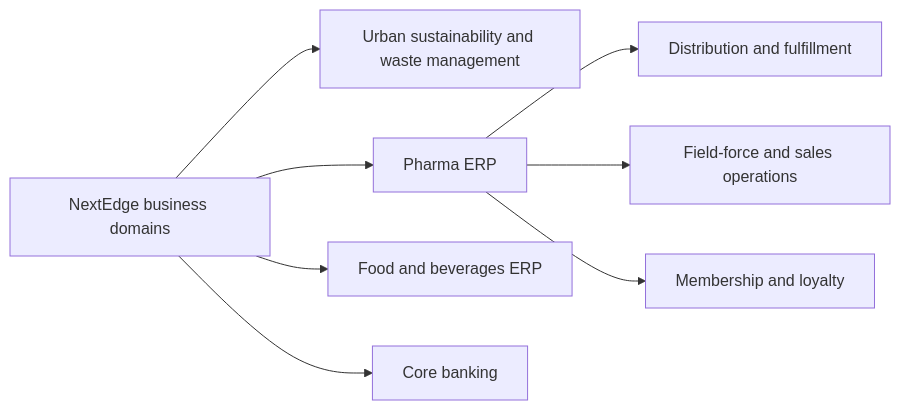
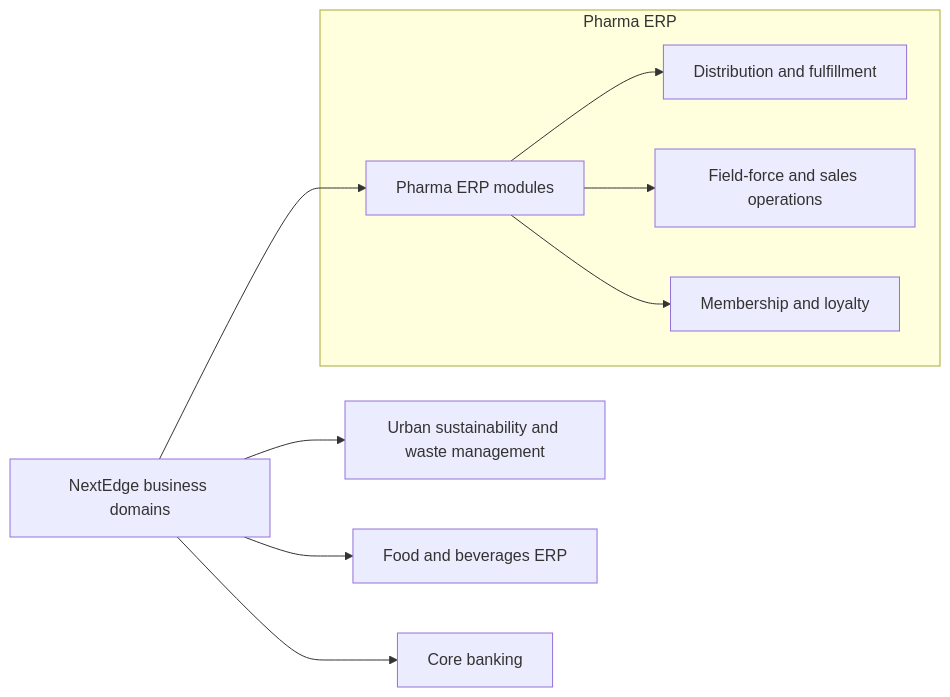
Before and after one commit to NextEdgelabs/nextedge-docs: the diagram in domains/overview.mdx, drawn with Mermaid.

Commit message:
Group Pharma ERP modules explicitly in the domain map

````diff
--- a/domains/overview.mdx
+++ b/domains/overview.mdx
@@ -15,10 +15,13 @@
 ```mermaid
 flowchart LR
   A["NextEdge business domains"] --> S["Urban sustainability and waste management"]
-  A --> P["Pharma ERP"]
   A --> F["Food and beverages ERP"]
   A --> B["Core banking"]
-  P --> D["Distribution and fulfillment"]
-  P --> E["Field-force and sales operations"]
-  P --> L["Membership and loyalty"]
+  A --> P
+  subgraph PH["Pharma ERP"]
+    P["Pharma ERP modules"]
+    P --> D["Distribution and fulfillment"]
+    P --> E["Field-force and sales operations"]
+    P --> L["Membership and loyalty"]
+  end
 ```
````
